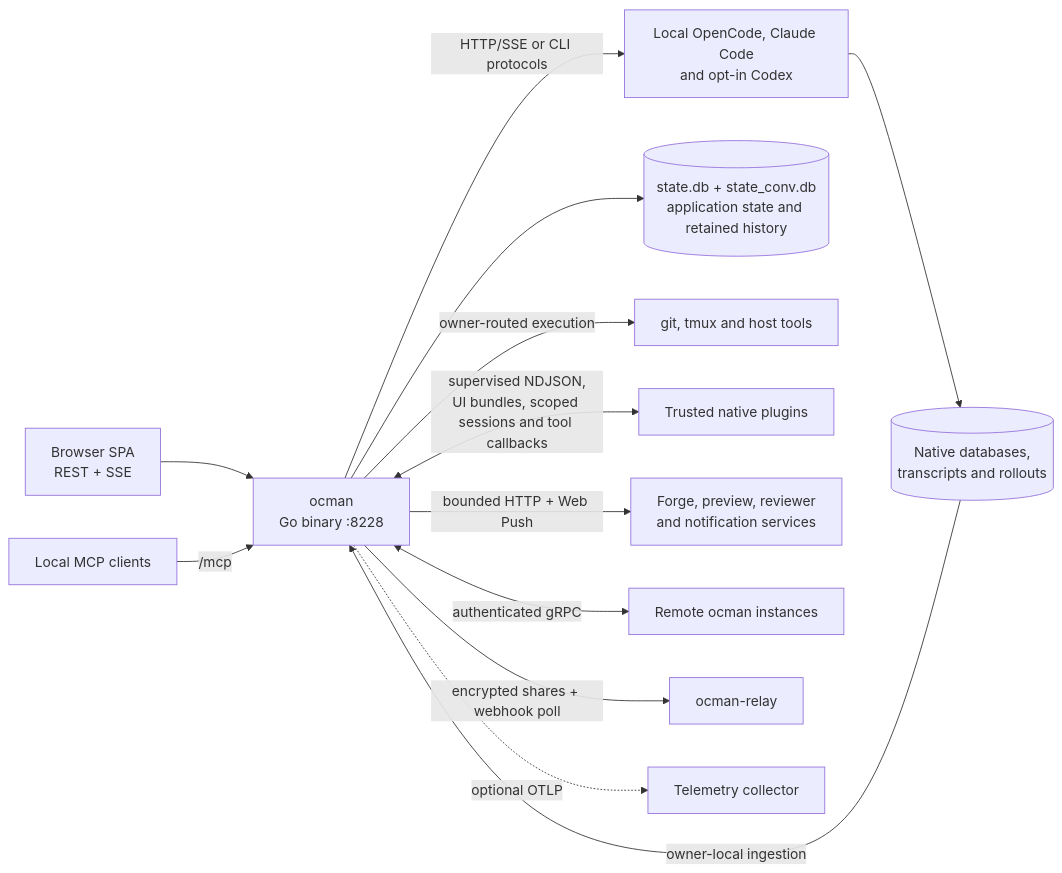
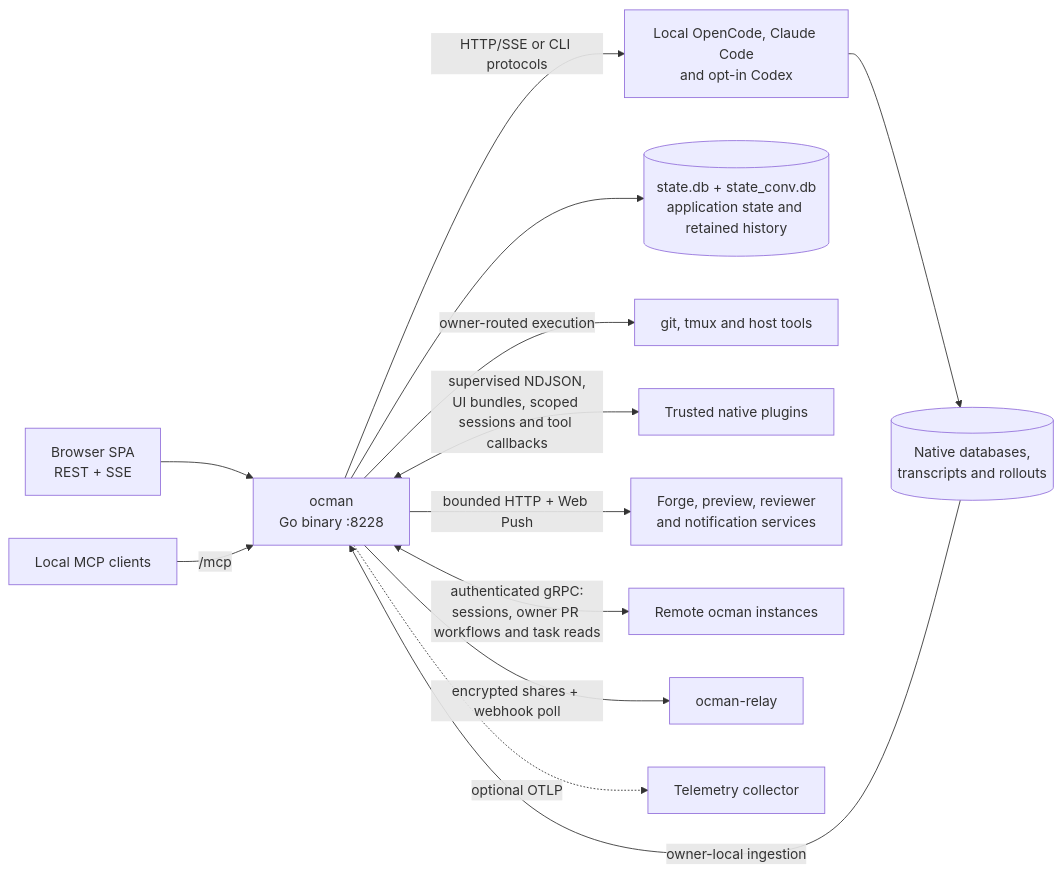
The first of 12 diagrams in docs/other/architecture.md (ocman/ocman), drawn with Mermaid before and after one commit. The commit also changed other lines of this file and 27 other files, not shown here.

Commit message:
fix(remotes): route PR watches and background task reads to owners

````diff
--- a/docs/other/architecture.md
+++ b/docs/other/architecture.md
@@ -21,15 +21,15 @@
 ```mermaid
 flowchart LR
     Browser[Browser SPA<br/>REST + SSE] --> Ocman[ocman<br/>Go binary :8228]
     Agent[Local MCP clients] -->|/mcp| Ocman
     Ocman -->|HTTP/SSE or CLI protocols| Platforms[Local OpenCode, Claude Code<br/>and opt-in Codex]
     Platforms --> Native[(Native databases,<br/>transcripts and rollouts)]
     Native -->|owner-local ingestion| Ocman
     Ocman --> Stores[(state.db + state_conv.db<br/>application state and retained history)]
     Ocman -->|owner-routed execution| Tools[git, tmux and host tools]
     Ocman <-->|supervised NDJSON,<br/>UI bundles, scoped sessions and tool callbacks| Plugins[Trusted native plugins]
     Ocman -->|bounded HTTP + Web Push| Services[Forge, preview, reviewer<br/>and notification services]
-    Ocman <-->|authenticated gRPC| Remotes[Remote ocman instances]
+    Ocman <-->|authenticated gRPC:<br/>sessions, owner PR workflows and task reads| Remotes[Remote ocman instances]
     Ocman -->|encrypted shares + webhook poll| Relay[ocman-relay]
     Ocman -.->|optional OTLP| Otel[Telemetry collector]
 ```
````
